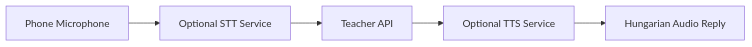
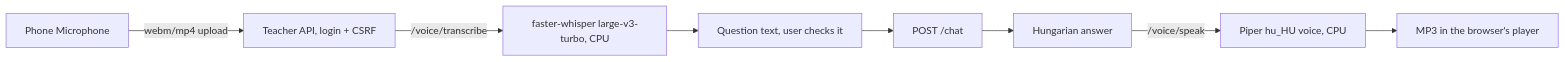
One commit to ninemate/ai-teacher changed the sixth of 7 diagrams in docs/architecture.md. Above: the diagram before and after it, drawn with Mermaid. The commit also changed other lines of this file and 30 other files, not shown here.

First line of the commit message:
Hungarian offline TTS and STT in the voice service (#13)

````diff
--- a/docs/architecture.md
+++ b/docs/architecture.md
@@ -133,7 +133,10 @@
 ```mermaid
 flowchart LR
-  Mic[Phone Microphone] --> STT[Optional STT Service]
-  STT --> API[Teacher API]
-  API --> TTS[Optional TTS Service]
-  TTS --> Audio[Hungarian Audio Reply]
+  Mic[Phone Microphone] -->|webm/mp4 upload| API[Teacher API, login + CSRF]
+  API -->|/voice/transcribe| STT[faster-whisper large-v3-turbo, CPU]
+  STT --> Text[Question text, user checks it]
+  Text --> Chat[POST /chat]
+  Chat --> Answer[Hungarian answer]
+  Answer -->|/voice/speak| TTS[Piper hu_HU voice, CPU]
+  TTS --> Audio[MP3 in the browser's player]
 ```
````
